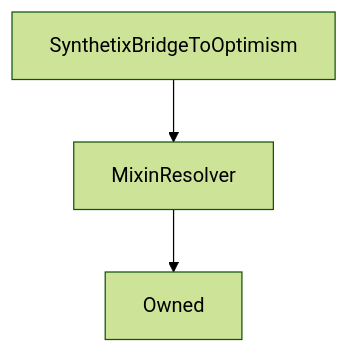
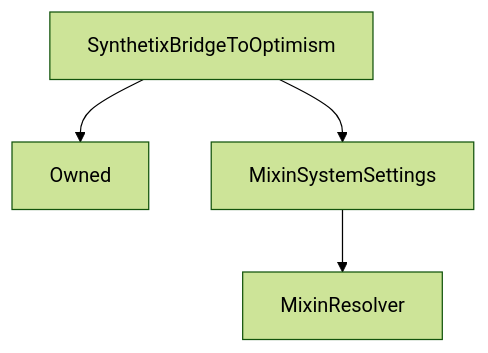
Before and after one commit to Synthetixio/synthetix-docs: the diagram in content/contracts/source/contracts/SynthetixBridgeToOptimism.md, drawn with Mermaid (forest theme). The commit also changed other lines of this file and 117 other files, not shown here.

````diff
--- a/content/contracts/source/contracts/SynthetixBridgeToOptimism.md
+++ b/content/contracts/source/contracts/SynthetixBridgeToOptimism.md
@@ -11,6 +11,7 @@
 ```mermaid
 graph TD
-    SynthetixBridgeToOptimism[SynthetixBridgeToOptimism] --> MixinResolver[MixinResolver]
-    MixinResolver[MixinResolver] --> Owned[Owned]
+    SynthetixBridgeToOptimism[SynthetixBridgeToOptimism] --> Owned[Owned]
+    SynthetixBridgeToOptimism[SynthetixBridgeToOptimism] --> MixinSystemSettings[MixinSystemSettings]
+    MixinSystemSettings[MixinSystemSettings] --> MixinResolver[MixinResolver]
 
 ```
````
